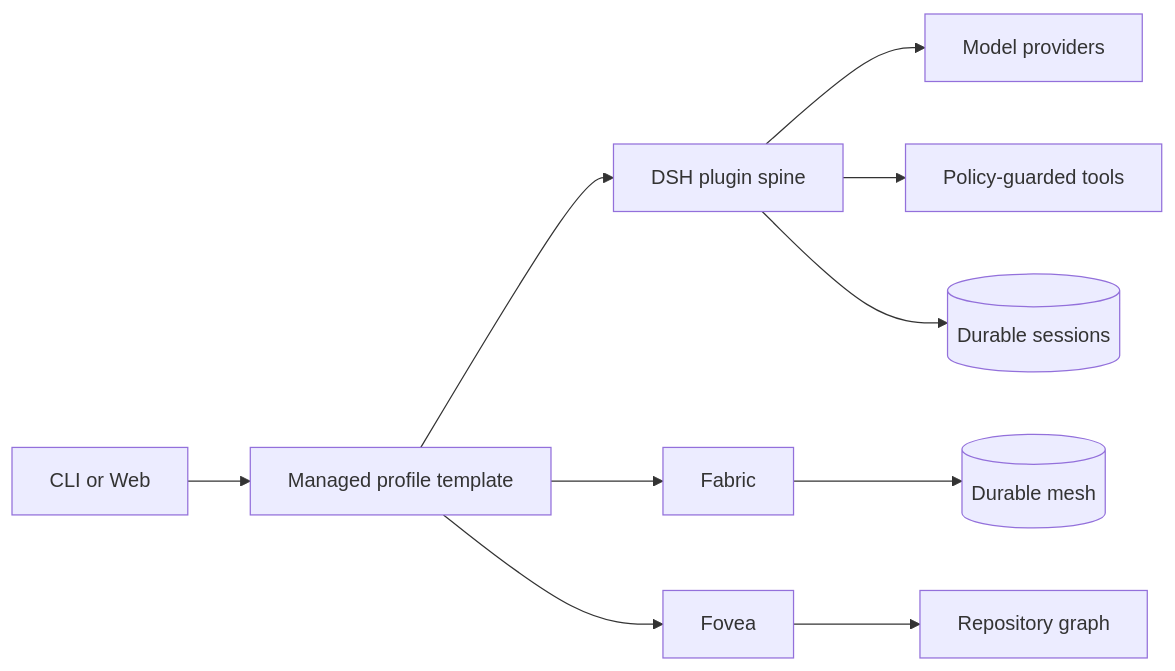
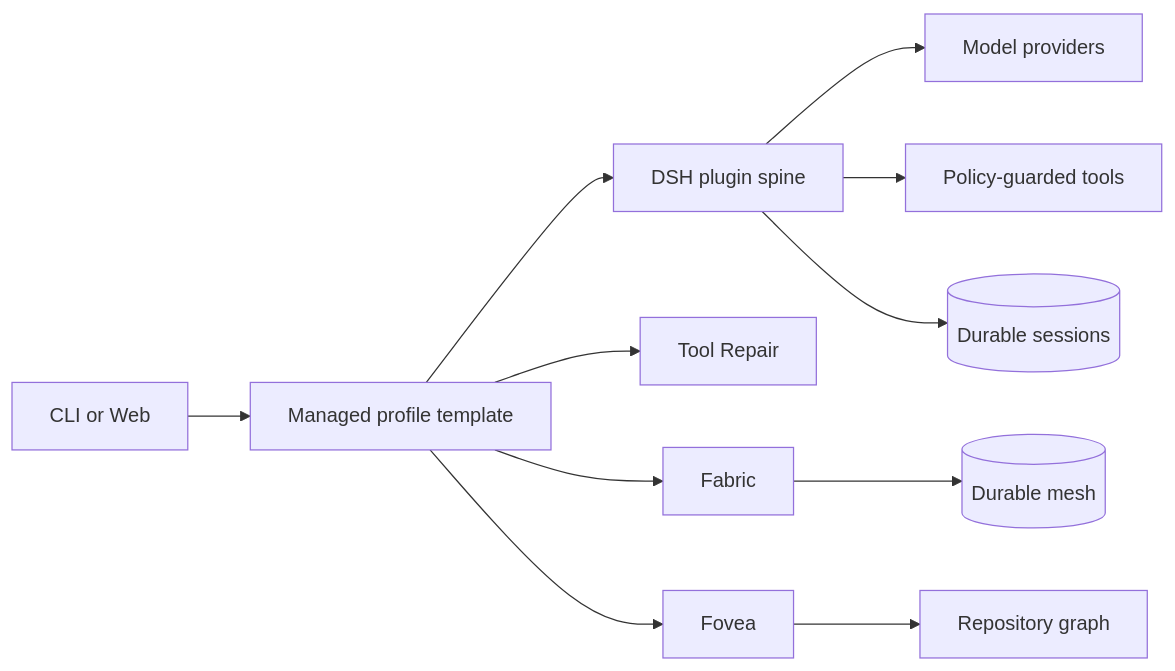
One commit to monotykamary/deepseek-harness changed the diagram in README.md. Above: the diagram before and after it, drawn with Mermaid. The commit also changed other lines of this file and 19 other files, not shown here.

Commit message:
feat(distribution): bundle tool repair

````diff
--- a/README.md
+++ b/README.md
@@ -38,12 +39,13 @@
 ```mermaid
 flowchart LR
   User[CLI or Web] --> Profile[Managed profile template]
   Profile --> Core[DSH plugin spine]
+  Profile --> Repair[Tool Repair]
   Profile --> Fabric[Fabric]
   Profile --> Fovea[Fovea]
   Core --> Model[Model providers]
   Core --> Tools[Policy-guarded tools]
   Core --> Sessions[(Durable sessions)]
   Fabric --> Mesh[(Durable mesh)]
   Fovea --> Repo[Repository graph]
 ```
````
